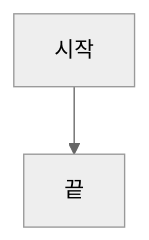
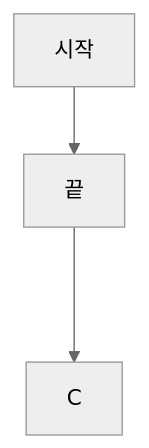
Before and after one commit to Wonsoox/Tutorial_GithubTutorial: the diagram in Tetris_Mermaid.md, drawn with Mermaid (neutral theme).

Commit message:
Add connection from B to C in Mermaid diagram

````diff
--- a/Tetris_Mermaid.md
+++ b/Tetris_Mermaid.md
@@ -1,4 +1,6 @@
 ```mermaid
 graph TD
     A[시작] --> B[끝]
+    B ---> C
+
 ```
````
